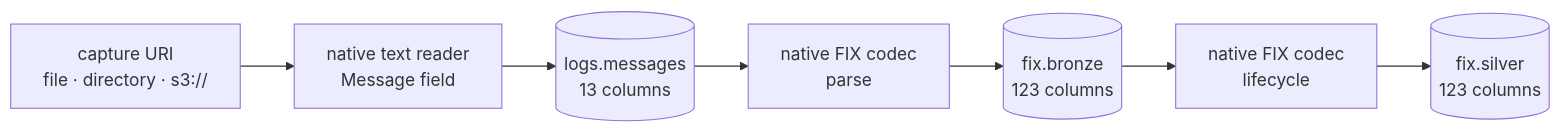
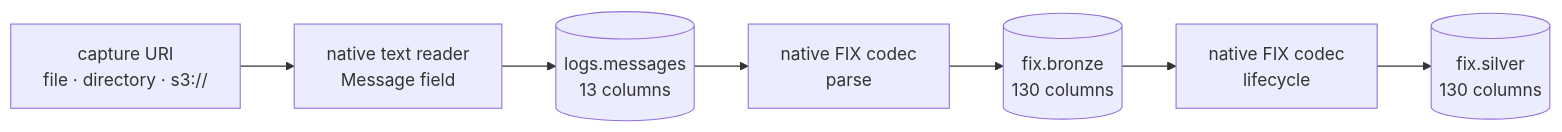
Before and after one commit to Platob/yggfin: the diagram in docs/index.md, drawn with Mermaid. The commit also changed other lines of this file and 1041 other files, not shown here.

````diff
--- a/docs/index.md
+++ b/docs/index.md
@@ -40,9 +40,9 @@
 ```mermaid
 flowchart LR
     S["capture URI<br/>file · directory · s3://"] --> T["native text reader<br/>Message field"]
     T --> M[("logs.messages<br/>13 columns")]
     M --> F["native FIX codec<br/>parse"]
-    F --> B[("fix.bronze<br/>123 columns")]
+    F --> B[("fix.bronze<br/>130 columns")]
     B --> L["native FIX codec<br/>lifecycle"]
-    L --> O[("fix.silver<br/>123 columns")]
+    L --> O[("fix.silver<br/>130 columns")]
 ```
````
